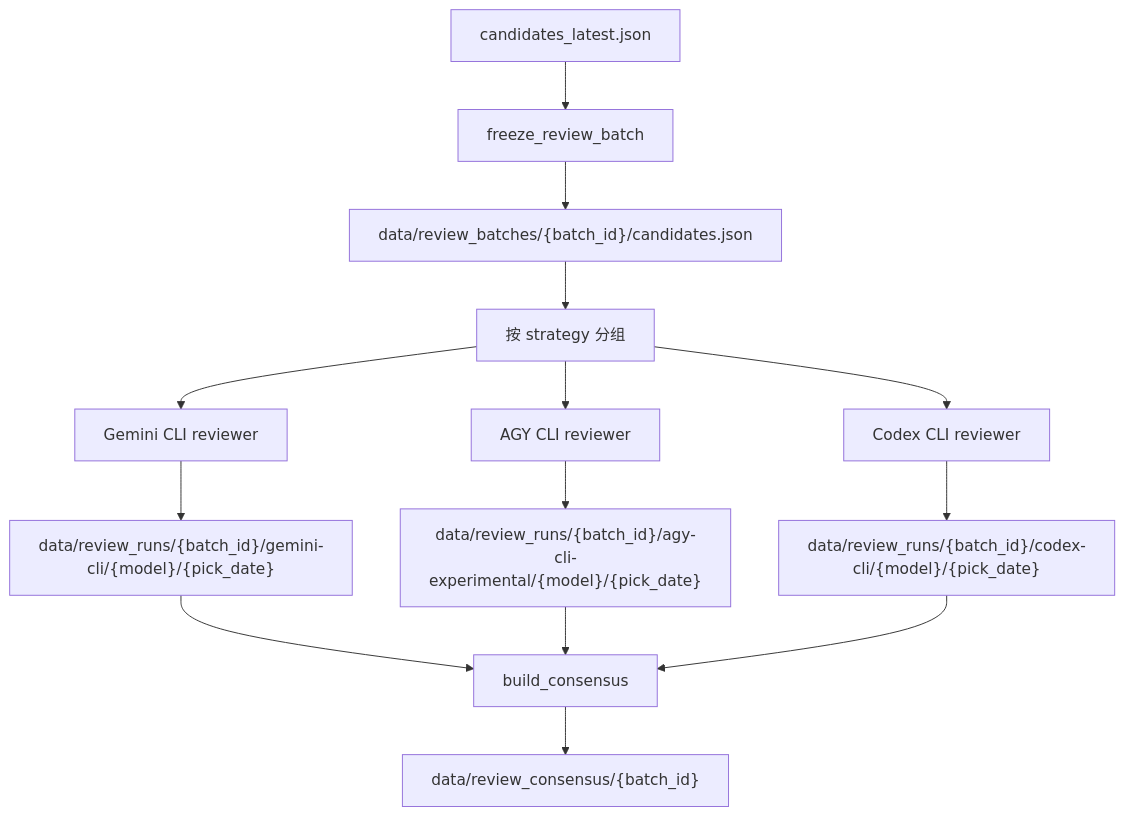
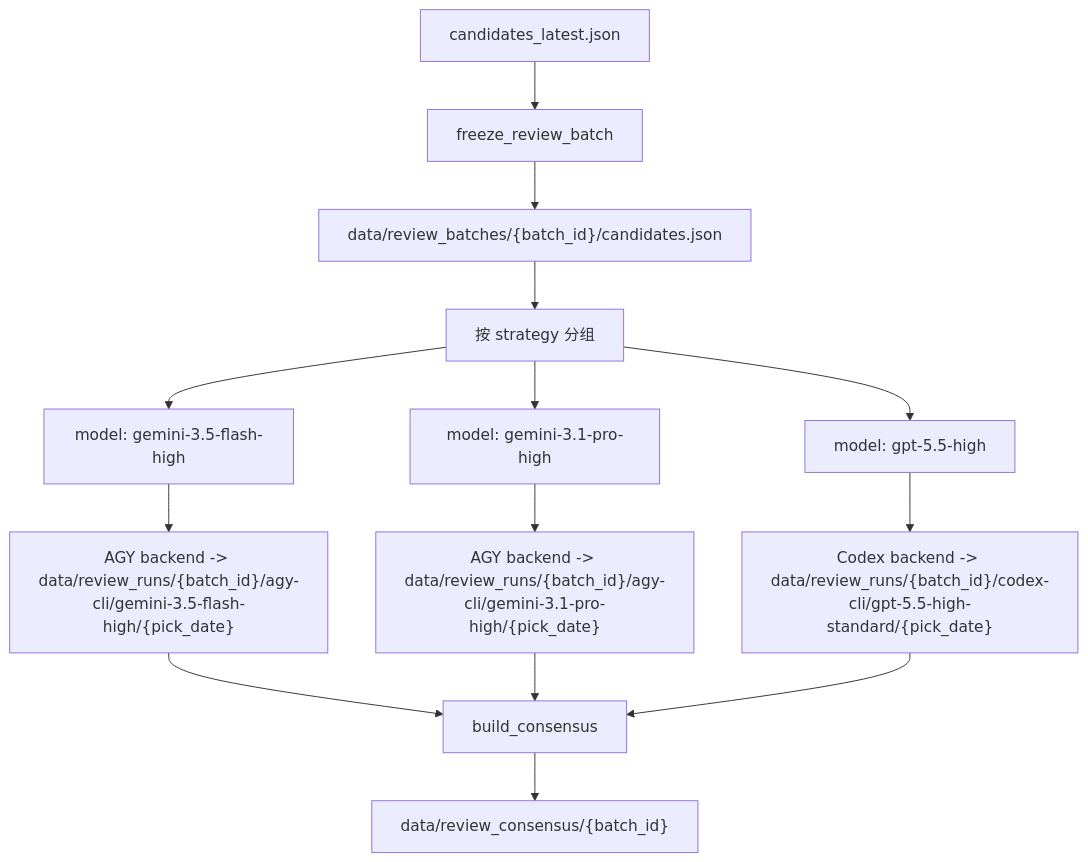
The diagram in docs/multi-model-review-consensus.md (happyfeetw/StockTradebyZ), drawn with Mermaid before and after one commit. The commit also changed other lines of this file and 6 other files, not shown here.

Commit message:
Document model review runtime changes

````diff
--- a/docs/multi-model-review-consensus.md
+++ b/docs/multi-model-review-consensus.md
@@ -19,16 +19,16 @@
 ```mermaid
 flowchart TD
     A["candidates_latest.json"] --> B["freeze_review_batch"]
     B --> C["data/review_batches/{batch_id}/candidates.json"]
     C --> S["按 strategy 分组"]
-    S --> D1["Gemini CLI reviewer"]
-    S --> D2["AGY CLI reviewer"]
-    S --> D3["Codex CLI reviewer"]
-    D1 --> E1["data/review_runs/{batch_id}/gemini-cli/{model}/{pick_date}"]
-    D2 --> E2["data/review_runs/{batch_id}/agy-cli-experimental/{model}/{pick_date}"]
-    D3 --> E3["data/review_runs/{batch_id}/codex-cli/{model}/{pick_date}"]
+    S --> D1["model: gemini-3.5-flash-high"]
+    S --> D2["model: gemini-3.1-pro-high"]
+    S --> D3["model: gpt-5.5-high"]
+    D1 --> E1["AGY backend -> data/review_runs/{batch_id}/agy-cli/gemini-3.5-flash-high/{pick_date}"]
+    D2 --> E2["AGY backend -> data/review_runs/{batch_id}/agy-cli/gemini-3.1-pro-high/{pick_date}"]
+    D3 --> E3["Codex backend -> data/review_runs/{batch_id}/codex-cli/gpt-5.5-high-standard/{pick_date}"]
     E1 --> F["build_consensus"]
     E2 --> F
     E3 --> F
     F --> G["data/review_consensus/{batch_id}"]
 ```
````
